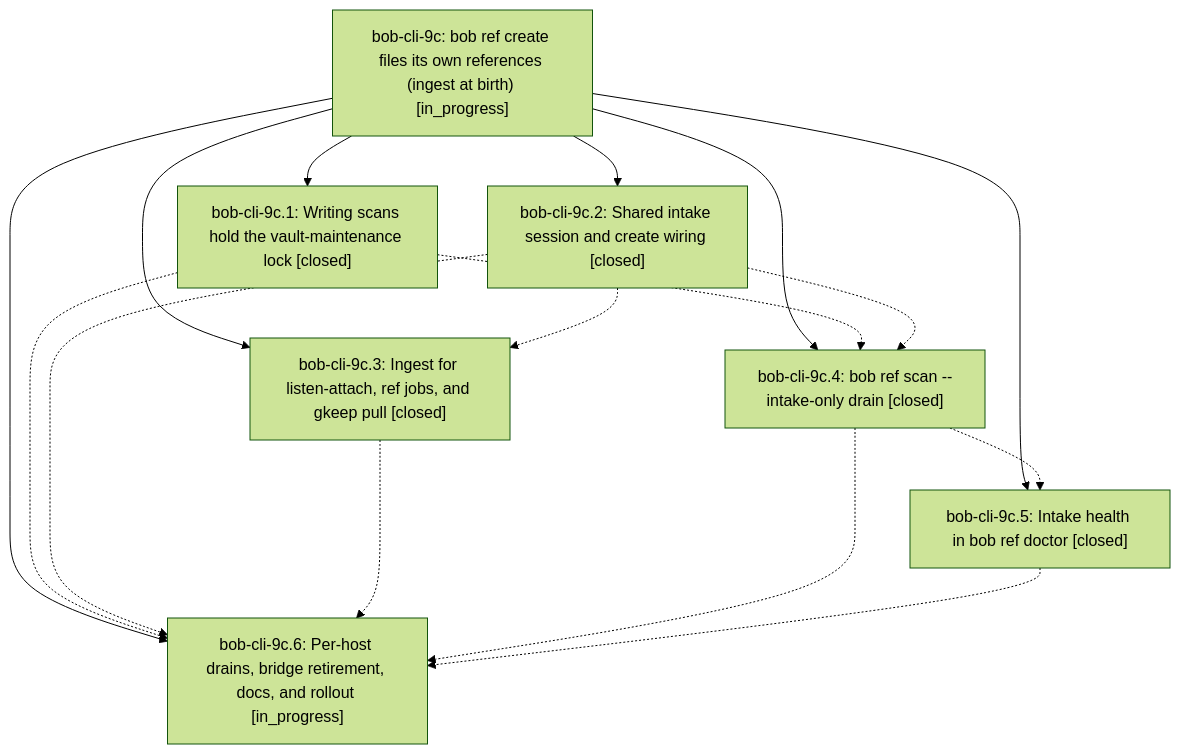
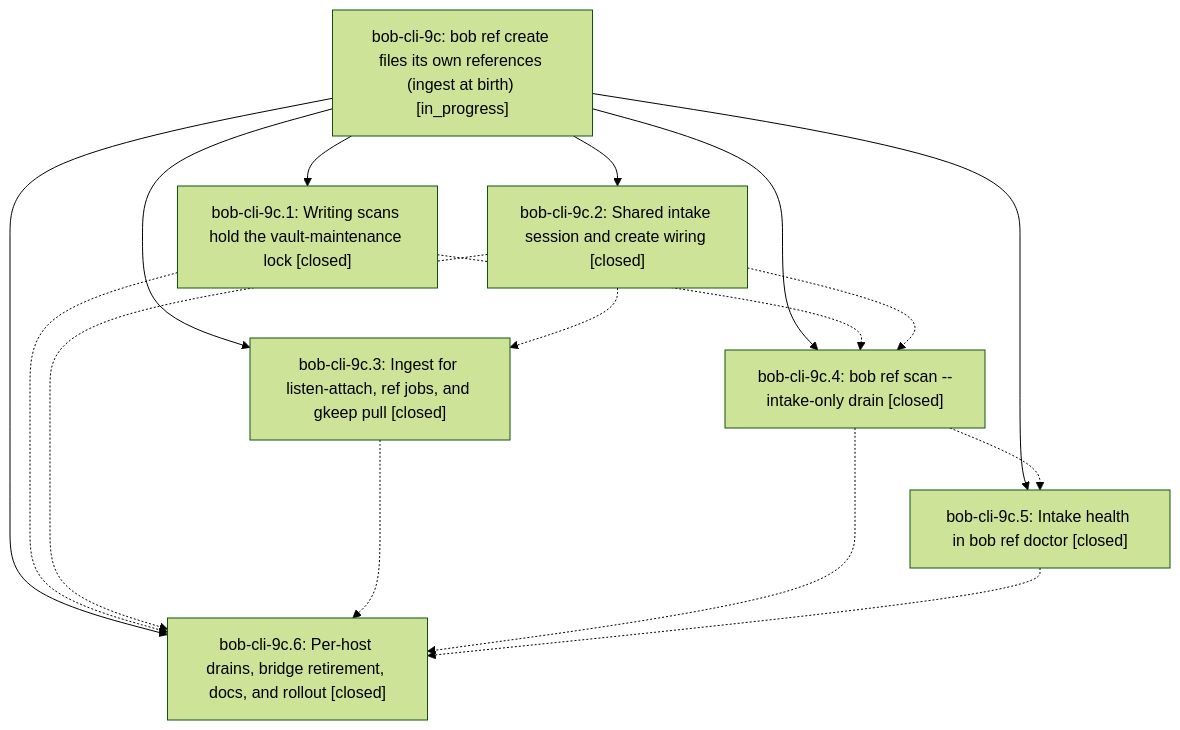
Before and after one commit to bobs-org/bob-cli--beads: the diagram in pages/bob-cli-9c/README.md, drawn with Mermaid (forest theme). The commit also changed other lines of this file and 6 other files, not shown here.

First line of the commit message:
chore(beads): sync bead state and pages for bob-cli-9c

````diff
--- a/pages/bob-cli-9c/README.md
+++ b/pages/bob-cli-9c/README.md
@@ -41,25 +41,25 @@
 ```mermaid
 flowchart TD
     n0["bob-cli-9c: bob ref create files its own references (ingest at birth) [in_progress]"]
     n1["bob-cli-9c.1: Writing scans hold the vault-maintenance lock [closed]"]
     n2["bob-cli-9c.2: Shared intake session and create wiring [closed]"]
     n3["bob-cli-9c.3: Ingest for listen-attach, ref jobs, and gkeep pull [closed]"]
     n4["bob-cli-9c.4: bob ref scan --intake-only drain [closed]"]
     n5["bob-cli-9c.5: Intake health in bob ref doctor [closed]"]
-    n6["bob-cli-9c.6: Per-host drains, bridge retirement, docs, and rollout [in_progress]"]
+    n6["bob-cli-9c.6: Per-host drains, bridge retirement, docs, and rollout [closed]"]
     n0 --> n1
     n0 --> n2
     n0 --> n3
     n0 --> n4
     n0 --> n5
     n0 --> n6
     n1 -.-> n4
     n1 -.-> n6
     n2 -.-> n3
     n2 -.-> n4
     n2 -.-> n6
     n3 -.-> n6
     n4 -.-> n5
     n4 -.-> n6
     n5 -.-> n6
 ```
````
